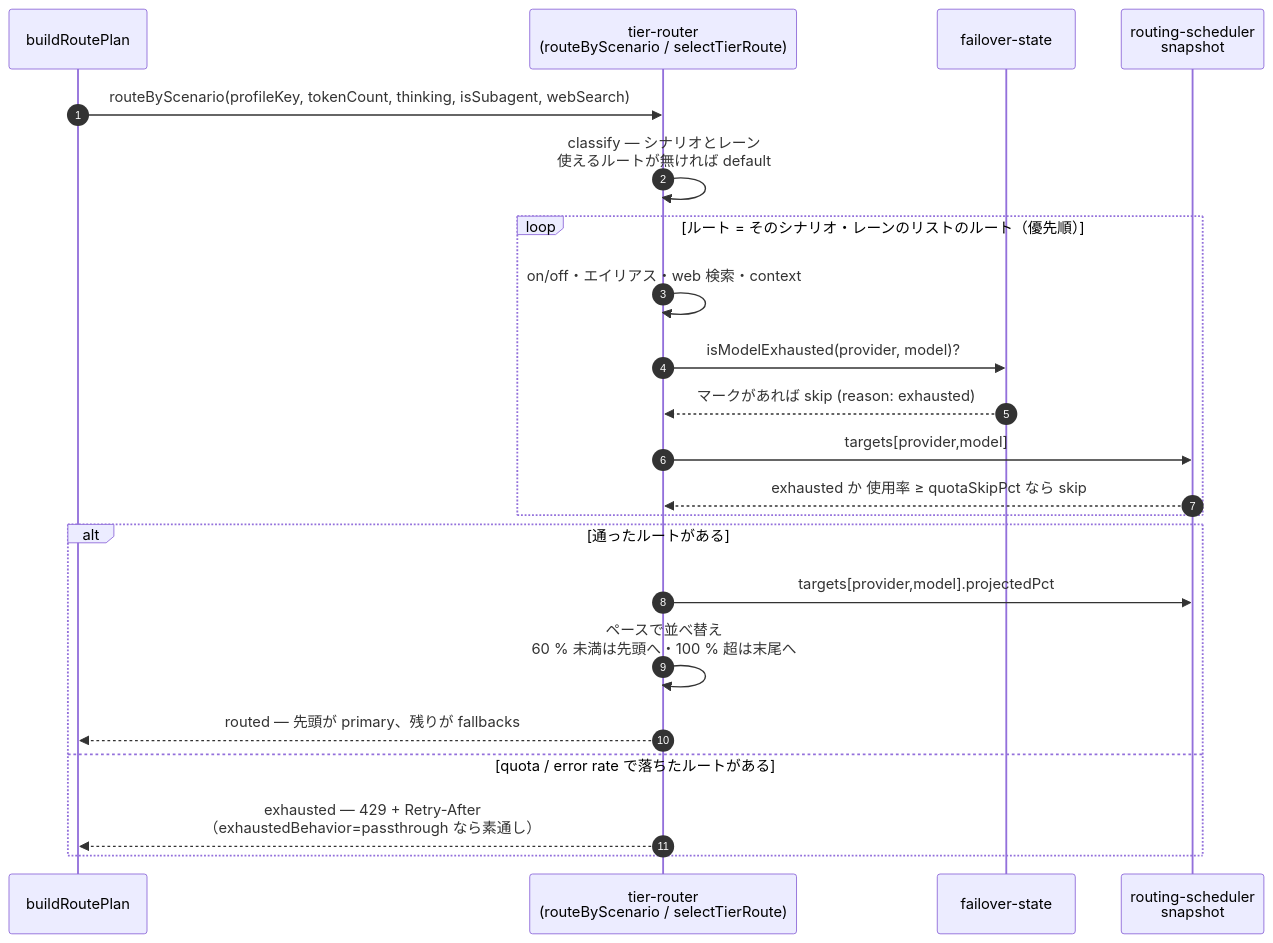
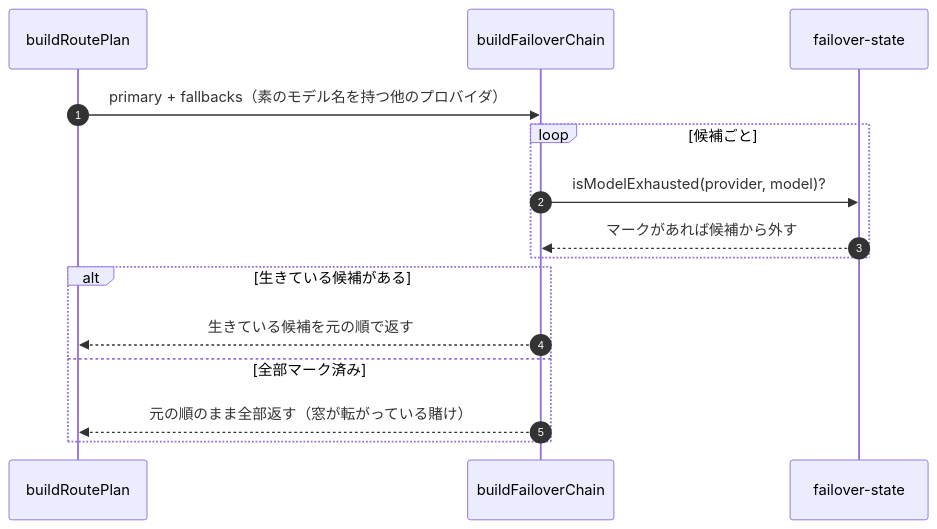
One commit to tkgstrator/rialto changed the eighth of 12 diagrams in docs/architecture/pipeline-overview.md. Above: the diagram before and after it, drawn with Mermaid. The commit also changed other lines of this file and 14 other files, not shown here.

Commit message:
docs: update architecture and guides for the removal of routing

````diff
--- a/docs/architecture/pipeline-overview.md
+++ b/docs/architecture/pipeline-overview.md
@@ -376,25 +356,18 @@
 ```mermaid
 sequenceDiagram
   autonumber
   participant RP as buildRoutePlan
-  participant TR as tier-router<br/>(routeByScenario / selectTierRoute)
+  participant CC as buildFailoverChain
   participant FS as failover-state
-  participant SN as routing-scheduler<br/>snapshot
 
-  RP->>TR: routeByScenario(profileKey, tokenCount, thinking, isSubagent, webSearch)
-  TR->>TR: classify — シナリオとレーン<br/>使えるルートが無ければ default
-  loop ルート = そのシナリオ・レーンのリストのルート（優先順）
-    TR->>TR: on/off・エイリアス・web 検索・context
-    TR->>FS: isModelExhausted(provider, model)?
-    FS-->>TR: マークがあれば skip (reason: exhausted)
-    TR->>SN: targets[provider,model]
-    SN-->>TR: exhausted か 使用率 ≥ quotaSkipPct なら skip
+  RP->>CC: primary + fallbacks（素のモデル名を持つ他のプロバイダ）
+  loop 候補ごと
+    CC->>FS: isModelExhausted(provider, model)?
+    FS-->>CC: マークがあれば候補から外す
   end
-  alt 通ったルートがある
-    TR->>SN: targets[provider,model].projectedPct
-    TR->>TR: ペースで並べ替え<br/>60 % 未満は先頭へ・100 % 超は末尾へ
-    TR-->>RP: routed — 先頭が primary、残りが fallbacks
-  else quota / error rate で落ちたルートがある
-    TR-->>RP: exhausted — 429 + Retry-After<br/>（exhaustedBehavior=passthrough なら素通し）
+  alt 生きている候補がある
+    CC-->>RP: 生きている候補を元の順で返す
+  else 全部マーク済み
+    CC-->>RP: 元の順のまま全部返す（窓が転がっている賭け）
   end
 ```
````
